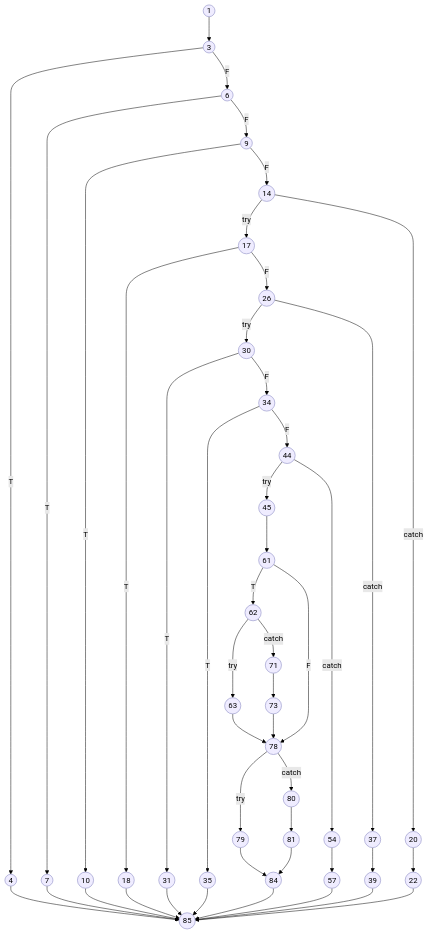
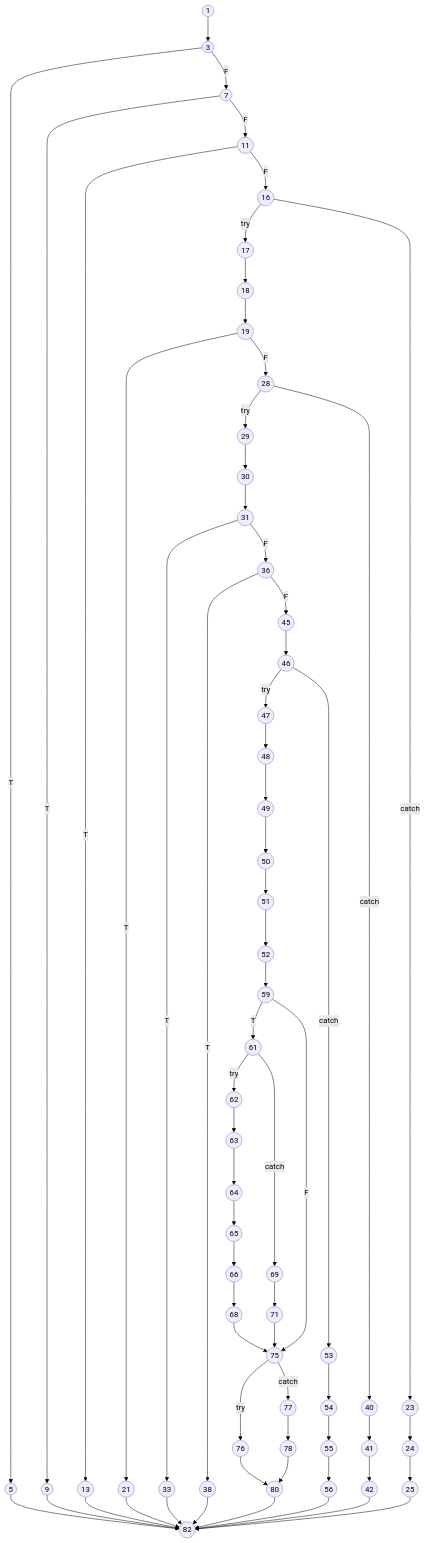
The diagram in SE/ideathon/pseudocode/flowcharts/UC-12.mmd (aryanhrc3428/Semester-5), drawn with Mermaid (forest theme) before and after one commit. The commit also changed 48 other files, not shown here.

```diff
--- a/SE/ideathon/pseudocode/flowcharts/UC-12.mmd
+++ b/SE/ideathon/pseudocode/flowcharts/UC-12.mmd
@@ -1,71 +1,95 @@
 graph TD
     %% Base styling matching the reference CFG style
     classDef default fill:#efecff,stroke:#a3a3d1,stroke-width:1.5px,color:#000;
     
     1((1)) --> 3((3))
     
-    3 -- T --> 4((4))
-    3 -- F --> 6((6))
+    3 -- T --> 5((5))
+    3 -- F --> 7((7))
     
-    6 -- T --> 7((7))
-    6 -- F --> 9((9))
+    7 -- T --> 9((9))
+    7 -- F --> 11((11))
     
-    9 -- T --> 10((10))
-    9 -- F --> 14((14))
+    11 -- T --> 13((13))
+    11 -- F --> 16((16))
     
-    14 -- try --> 17((17))
-    14 -- catch --> 20((20))
+    16 -- try --> 17((17))
+    16 -- catch --> 23((23))
     
-    17 -- T --> 18((18))
-    17 -- F --> 26((26))
+    17 --> 18((18))
+    18 --> 19((19))
     
-    20 --> 22((22))
+    19 -- T --> 21((21))
+    19 -- F --> 28((28))
     
-    26 -- try --> 30((30))
-    26 -- catch --> 37((37))
+    23 --> 24((24))
+    24 --> 25((25))
     
-    30 -- T --> 31((31))
-    30 -- F --> 34((34))
+    28 -- try --> 29((29))
+    28 -- catch --> 40((40))
     
-    34 -- T --> 35((35))
-    34 -- F --> 44((44))
+    29 --> 30((30))
+    30 --> 31((31))
     
-    37 --> 39((39))
+    31 -- T --> 33((33))
+    31 -- F --> 36((36))
     
-    44 -- try --> 45((45))
-    44 -- catch --> 54((54))
+    36 -- T --> 38((38))
+    36 -- F --> 45((45))
     
-    45 --> 61((61))
+    40 --> 41((41))
+    41 --> 42((42))
     
-    54 --> 57((57))
+    45 --> 46((46))
     
-    61 -- T --> 62((62))
-    61 -- F --> 78((78))
+    46 -- try --> 47((47))
+    46 -- catch --> 53((53))
     
-    62 -- try --> 63((63))
-    62 -- catch --> 71((71))
+    47 --> 48((48))
+    48 --> 49((49))
+    49 --> 50((50))
+    50 --> 51((51))
+    51 --> 52((52))
     
-    63 --> 78
+    52 --> 59((59))
     
-    71 --> 73((73))
-    73 --> 78
+    53 --> 54((54))
+    54 --> 55((55))
+    55 --> 56((56))
     
-    78 -- try --> 79((79))
-    78 -- catch --> 80((80))
+    59 -- T --> 61((61))
+    59 -- F --> 75((75))
     
-    79 --> 84((84))
+    61 -- try --> 62((62))
+    61 -- catch --> 69((69))
     
-    80 --> 81((81))
-    81 --> 84
+    62 --> 63((63))
+    63 --> 64((64))
+    64 --> 65((65))
+    65 --> 66((66))
+    66 --> 68((68))
     
-    %% Terminal error returns and catches syncing to the final end node
-    4 --> 85((85))
-    7 --> 85
-    10 --> 85
-    18 --> 85
-    22 --> 85
-    31 --> 85
-    35 --> 85
-    39 --> 85
-    57 --> 85
-    84 --> 85
+    68 --> 75
+    
+    69 --> 71((71))
+    71 --> 75
+    
+    75 -- try --> 76((76))
+    75 -- catch --> 77((77))
+    
+    76 --> 80((80))
+    
+    77 --> 78((78))
+    78 --> 80
+    
+    %% Terminal error returns and catches syncing to the final end node (82)
+    5 --> 82((82))
+    9 --> 82
+    13 --> 82
+    21 --> 82
+    25 --> 82
+    33 --> 82
+    38 --> 82
+    42 --> 82
+    56 --> 82
+    80 --> 82
```
